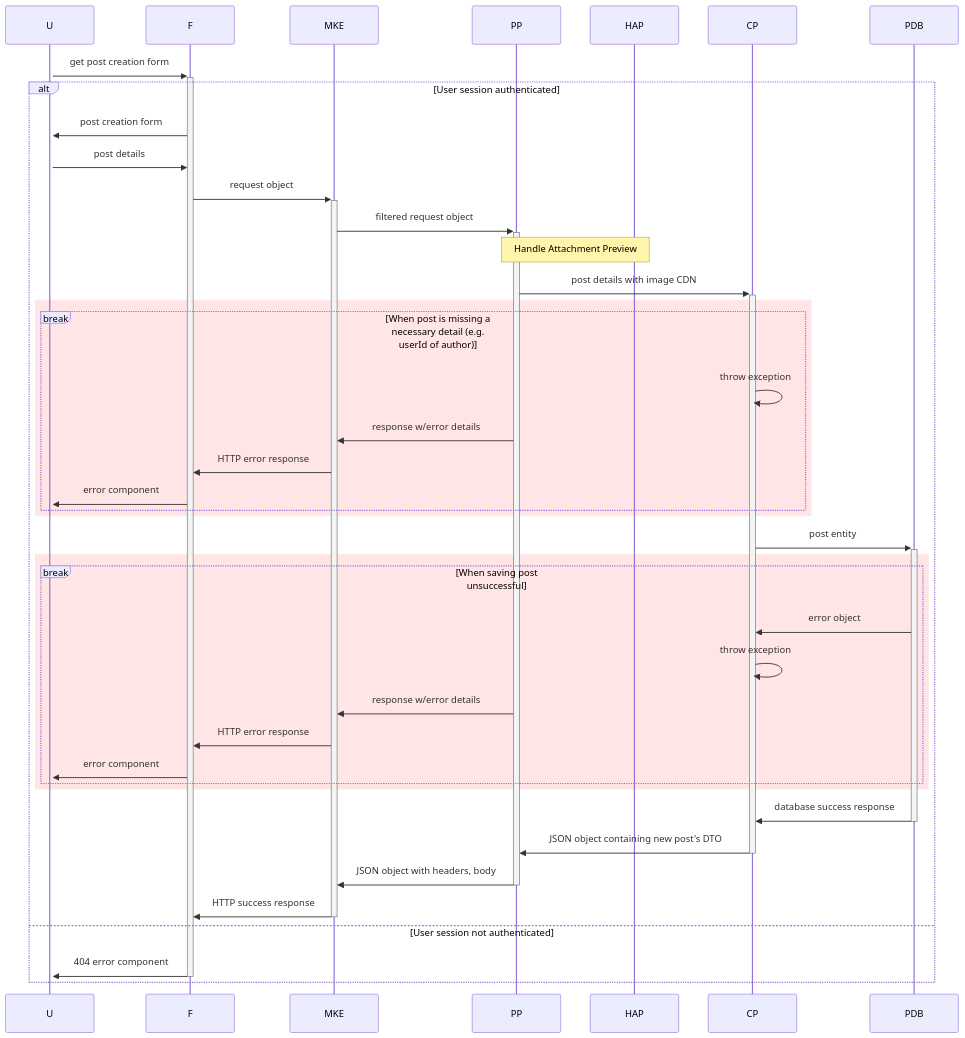
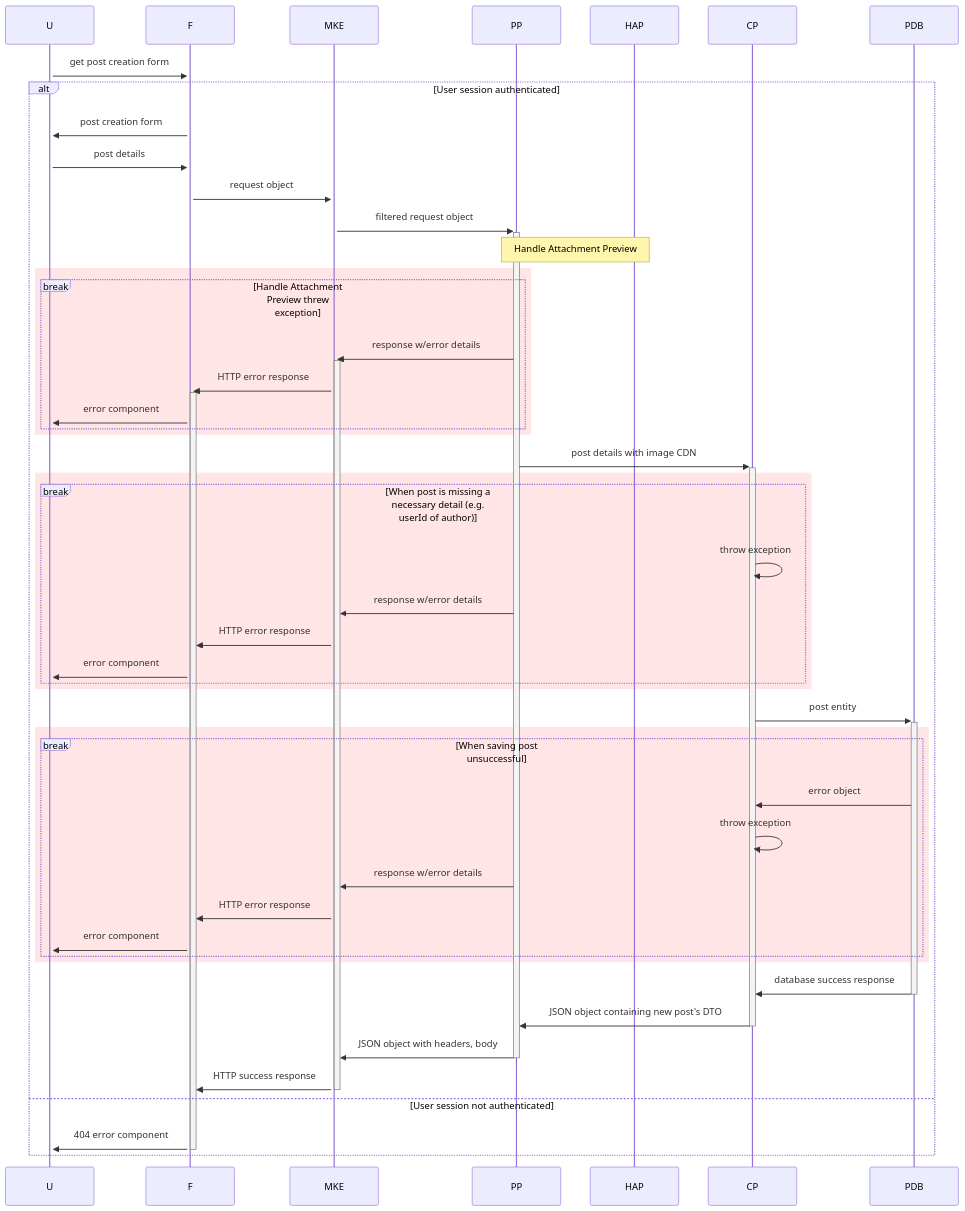
One commit to maryamkhan14/cv-circle changed the first of 6 diagrams in DOCUMENTATION.md. Above: the diagram before and after it, drawn with Mermaid. The commit also changed other lines of this file, not shown here.

Commit message:
Moved details from Handle Attachment Preview supporting diagram back to PATCH, POST /api/posts diagrams based on relevancy

````diff
--- a/DOCUMENTATION.md
+++ b/DOCUMENTATION.md
@@ -46,46 +46,52 @@
 ```mermaid
 sequenceDiagram
     activate U
     U->>+F: get post creation form
     alt User session authenticated
         F->>U: post creation form
         U->>F: post details
         F->>+MKE: request object
         MKE->>+PP: filtered request object
         Note over PP, HAP: Handle Attachment Preview
-
+        rect rgba(255,0,0,0.1)
+        break Handle Attachment Preview threw exception
+            PP->>+MKE: response w/error details
+            MKE->>+F: HTTP error response
+            F->>U: error component
+        end
+        end
         PP->>+CP: post details with image CDN
 
         rect rgba(255, 0, 0, 0.1)
         break When post is missing a necessary detail (e.g. userId of author)
             CP->>CP: throw exception
             PP->>MKE: response w/error details
             MKE->>F: HTTP error response
             F->>U: error component
         end
         end
 
         CP->>+PDB: post entity
 
         rect rgba(255, 0, 0, 0.1)
         break When saving post unsuccessful
             PDB->>CP: error object
             CP->>CP: throw exception
             PP->>MKE: response w/error details
             MKE->>F: HTTP error response
             F->>U: error component
         end
         end
 
         PDB->>CP: database success response
         deactivate PDB
         CP->>PP: JSON object containing new post's DTO
         deactivate CP
         PP->>-MKE: JSON object with headers, body
         MKE->>F: HTTP success response
         deactivate MKE
     else User session not authenticated
         F->>-U: 404 error component
 
     end
 ```
````
